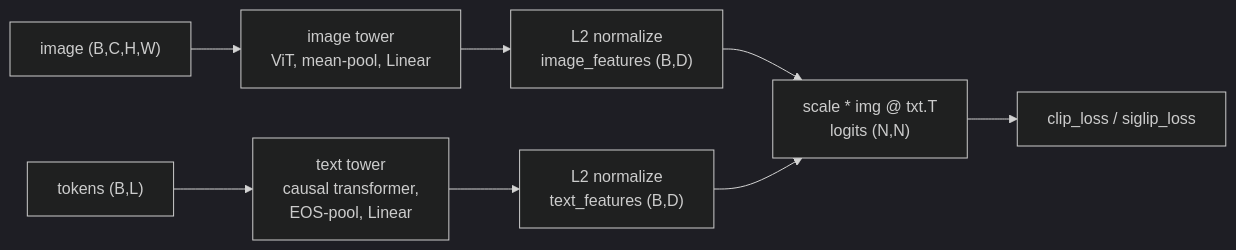
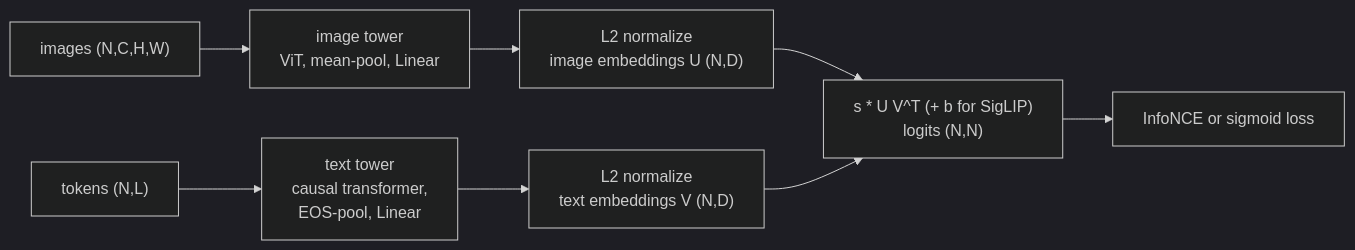
One commit to tanmaniac/nanovision changed the diagram in assignments/a04_clip/README.md. Above: the diagram before and after it, drawn with Mermaid (dark theme). The commit also changed other lines of this file and 3 other files, not shown here.

````diff
--- a/assignments/a04_clip/README.md
+++ b/assignments/a04_clip/README.md
@@ -85,10 +196,10 @@
 ```mermaid
 flowchart LR
-    IMG["image (B,C,H,W)"] --> IT["image tower<br/>ViT, mean-pool, Linear"]
-    TXT["tokens (B,L)"] --> TT["text tower<br/>causal transformer,<br/>EOS-pool, Linear"]
-    IT --> IN["L2 normalize<br/>image_features (B,D)"]
-    TT --> TN["L2 normalize<br/>text_features (B,D)"]
-    IN --> S["scale * img @ txt.T<br/>logits (N,N)"]
+    IMG["images (N,C,H,W)"] --> IT["image tower<br/>ViT, mean-pool, Linear"]
+    TXT["tokens (N,L)"] --> TT["text tower<br/>causal transformer,<br/>EOS-pool, Linear"]
+    IT --> IN["L2 normalize<br/>image embeddings U (N,D)"]
+    TT --> TN["L2 normalize<br/>text embeddings V (N,D)"]
+    IN --> S["s * U V^T (+ b for SigLIP)<br/>logits (N,N)"]
     TN --> S
-    S --> L["clip_loss / siglip_loss"]
+    S --> L["InfoNCE or sigmoid loss"]
 ```
````
